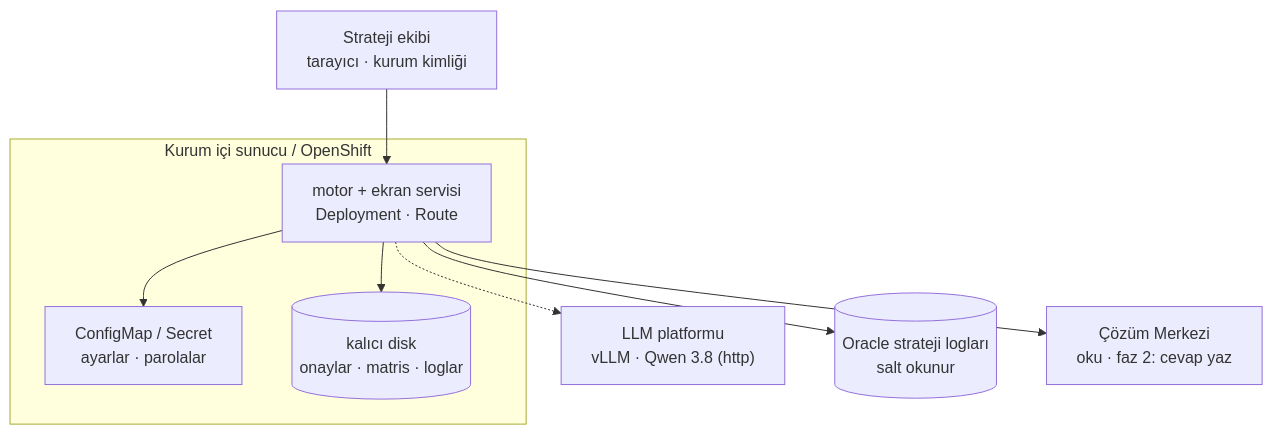
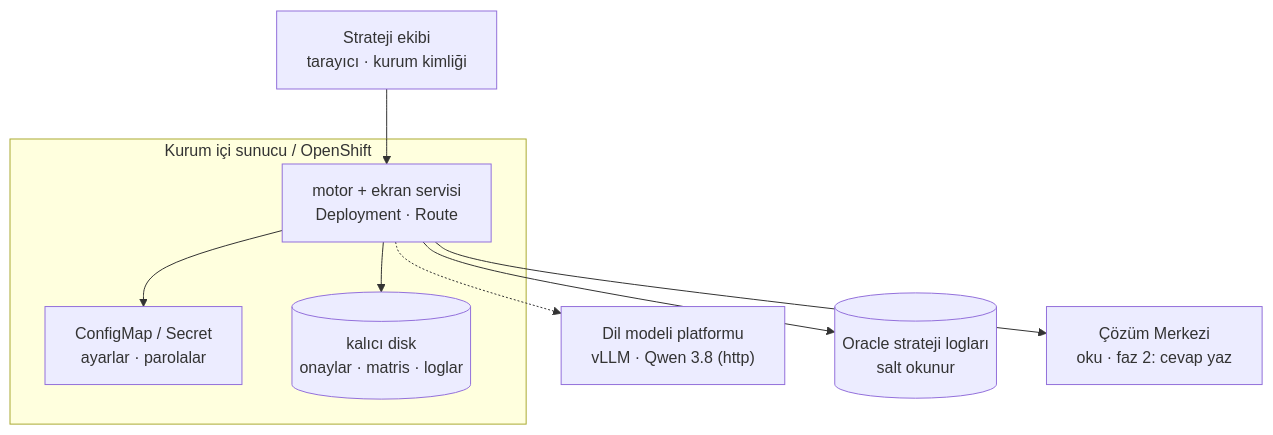
One commit to MertAErntrk/ykb-insource-projects changed the diagram in strateji-cevap/docs/analiz_mimari/diyagram/10_dagitim.mmd. Above: the diagram before and after it, drawn with Mermaid. The commit also changed 28 other files, not shown here.

```diff
--- a/strateji-cevap/docs/analiz_mimari/diyagram/10_dagitim.mmd
+++ b/strateji-cevap/docs/analiz_mimari/diyagram/10_dagitim.mmd
@@ -1,12 +1,12 @@
 flowchart TB
     ST["Strateji ekibi<br/>tarayıcı · kurum kimliği"] --> POD
     subgraph OS["Kurum içi sunucu / OpenShift"]
         POD["motor + ekran servisi<br/>Deployment · Route"]
         CFG["ConfigMap / Secret<br/>ayarlar · parolalar"]
         PVC[("kalıcı disk<br/>onaylar · matris · loglar")]
     end
     POD --> CFG
     POD --> PVC
-    POD -.-> VLLM["LLM platformu<br/>vLLM · Qwen 3.8 (http)"]
+    POD -.-> VLLM["Dil modeli platformu<br/>vLLM · Qwen 3.8 (http)"]
     POD --> ORA[("Oracle strateji logları<br/>salt okunur")]
     POD --> SM["Çözüm Merkezi<br/>oku · faz 2: cevap yaz"]
```
